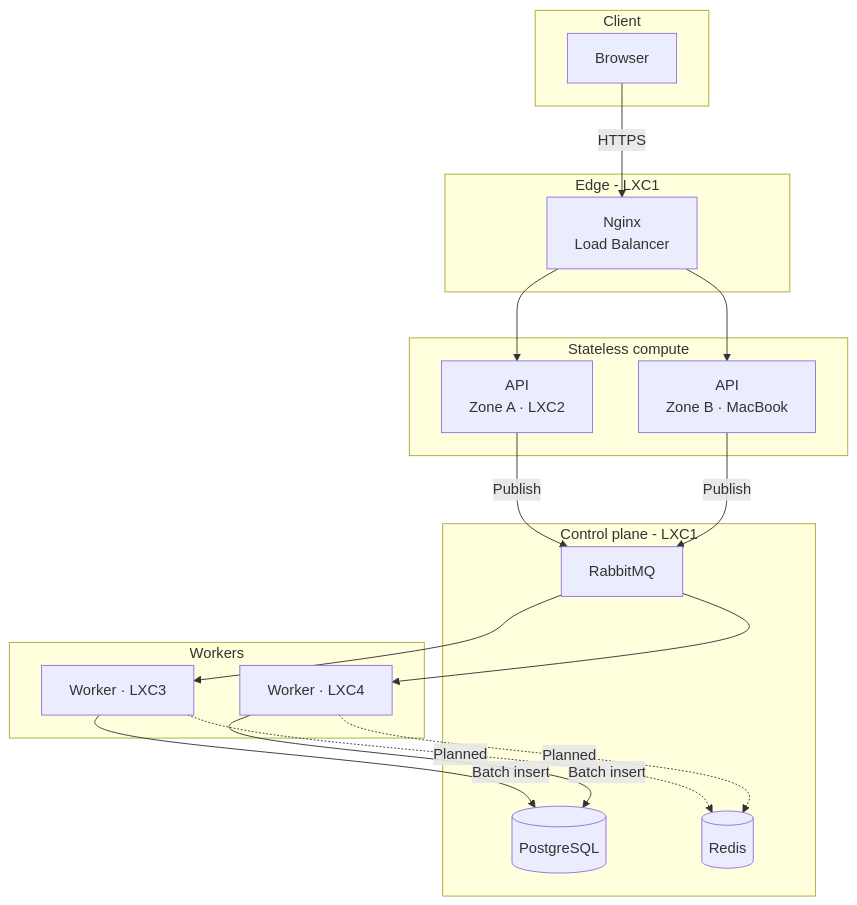
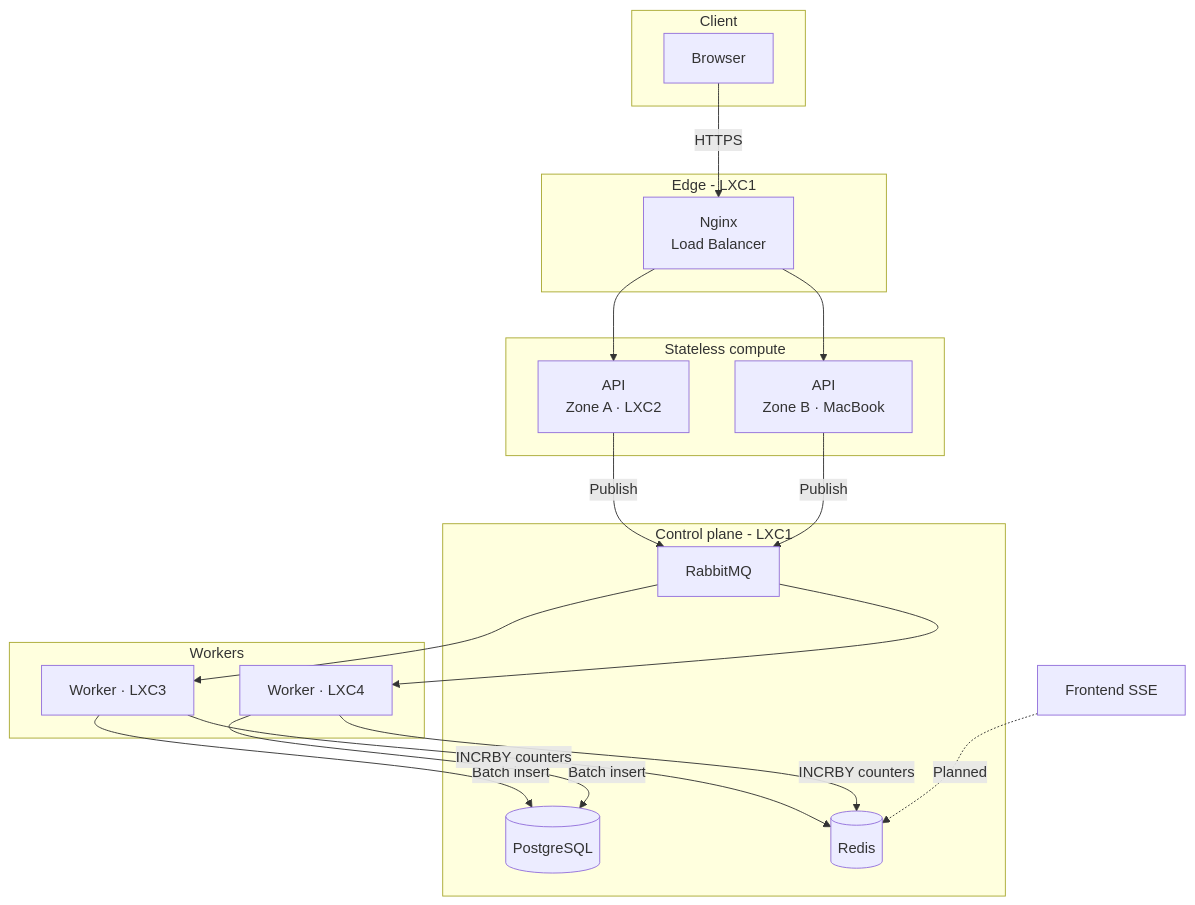
Before and after one commit to ahamedzoha/tabs-vs-spaces: the first of 5 diagrams in README.md, drawn with Mermaid. The commit also changed other lines of this file and 7 other files, not shown here.

````diff
--- a/README.md
+++ b/README.md
@@ -93,38 +93,39 @@
 ```mermaid
 flowchart TB
     subgraph client["Client"]
         Browser["Browser"]
     end
 
     subgraph edge["Edge - LXC1"]
         Nginx["Nginx<br/>Load Balancer"]
     end
 
     subgraph compute["Stateless compute"]
         API_A["API<br/>Zone A · LXC2"]
         API_B["API<br/>Zone B · MacBook"]
     end
 
     subgraph control["Control plane - LXC1"]
         RMQ["RabbitMQ"]
         PG[("PostgreSQL")]
         Redis[("Redis")]
     end
 
     subgraph workers["Workers"]
         W1["Worker · LXC3"]
         W2["Worker · LXC4"]
     end
 
     Browser -->|HTTPS| Nginx
     Nginx --> API_A
     Nginx --> API_B
     API_A -->|Publish| RMQ
     API_B -->|Publish| RMQ
     RMQ --> W1
     RMQ --> W2
     W1 -->|Batch insert| PG
     W2 -->|Batch insert| PG
-    W1 -.->|Planned| Redis
-    W2 -.->|Planned| Redis
+    W1 -->|INCRBY counters| Redis
+    W2 -->|INCRBY counters| Redis
+    SSE["Frontend SSE"] -.->|Planned| Redis
 ```
````
